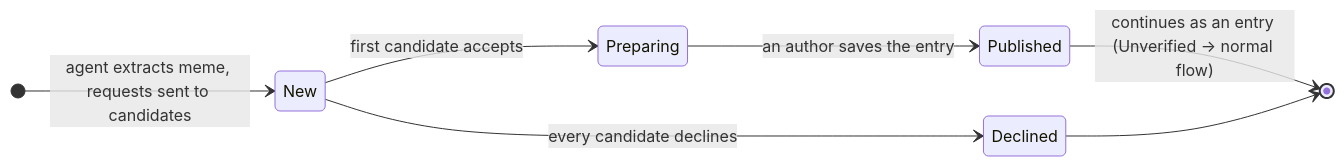
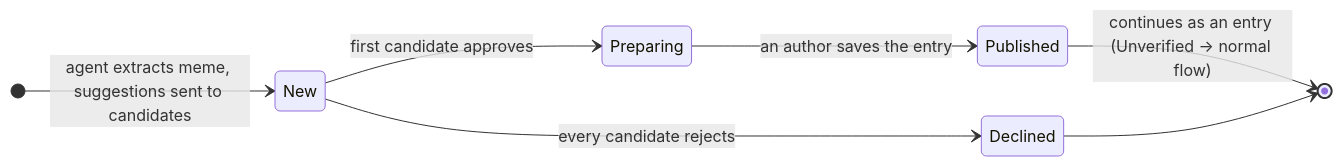
The second of 4 diagrams in specs/ai-parser/FUNCTIONAL_SPEC.md (EgorKorsunskiy/-sdworx--trusted-knowledge-base), drawn with Mermaid before and after one commit. The commit also changed other lines of this file and 26 other files, not shown here.

````diff
--- a/specs/ai-parser/FUNCTIONAL_SPEC.md
+++ b/specs/ai-parser/FUNCTIONAL_SPEC.md
@@ -93,10 +103,10 @@
 ```mermaid
 stateDiagram-v2
     direction LR
-    [*] --> New: agent extracts meme, requests sent to candidates
-    New --> Preparing: first candidate accepts
-    New --> Declined: every candidate declines
+    [*] --> New: agent extracts meme, suggestions sent to candidates
+    New --> Preparing: first candidate approves
+    New --> Declined: every candidate rejects
     Preparing --> Published: an author saves the entry
     Published --> [*]: continues as an entry (Unverified → normal flow)
     Declined --> [*]
 ```
````
